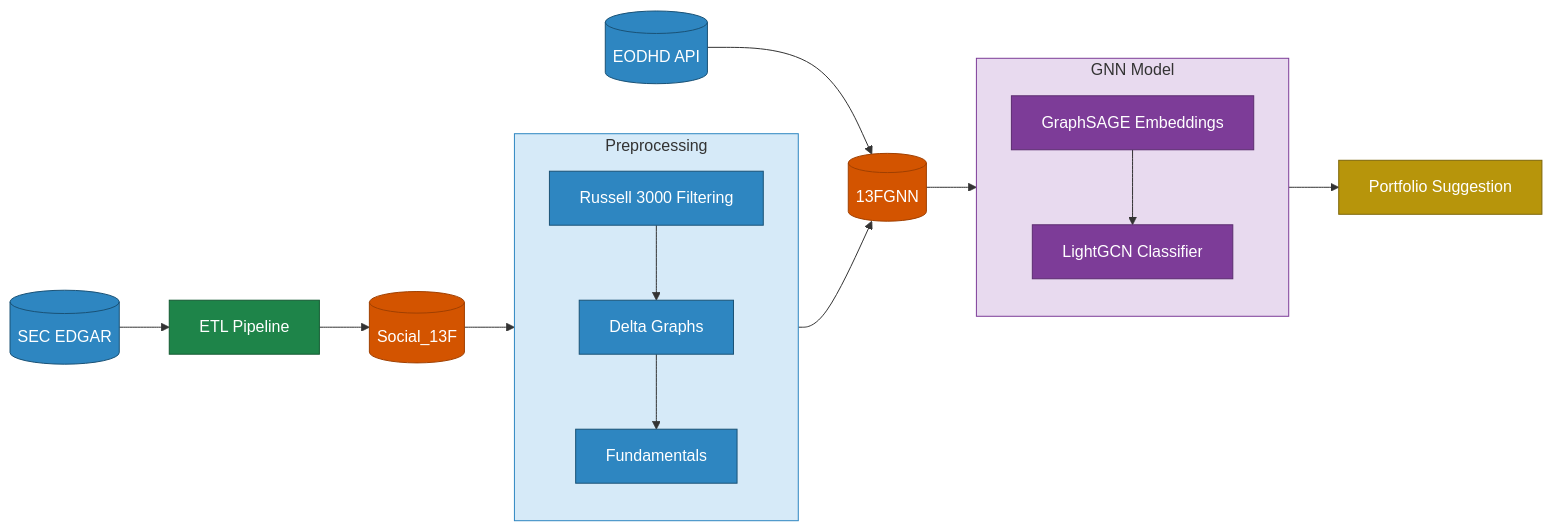
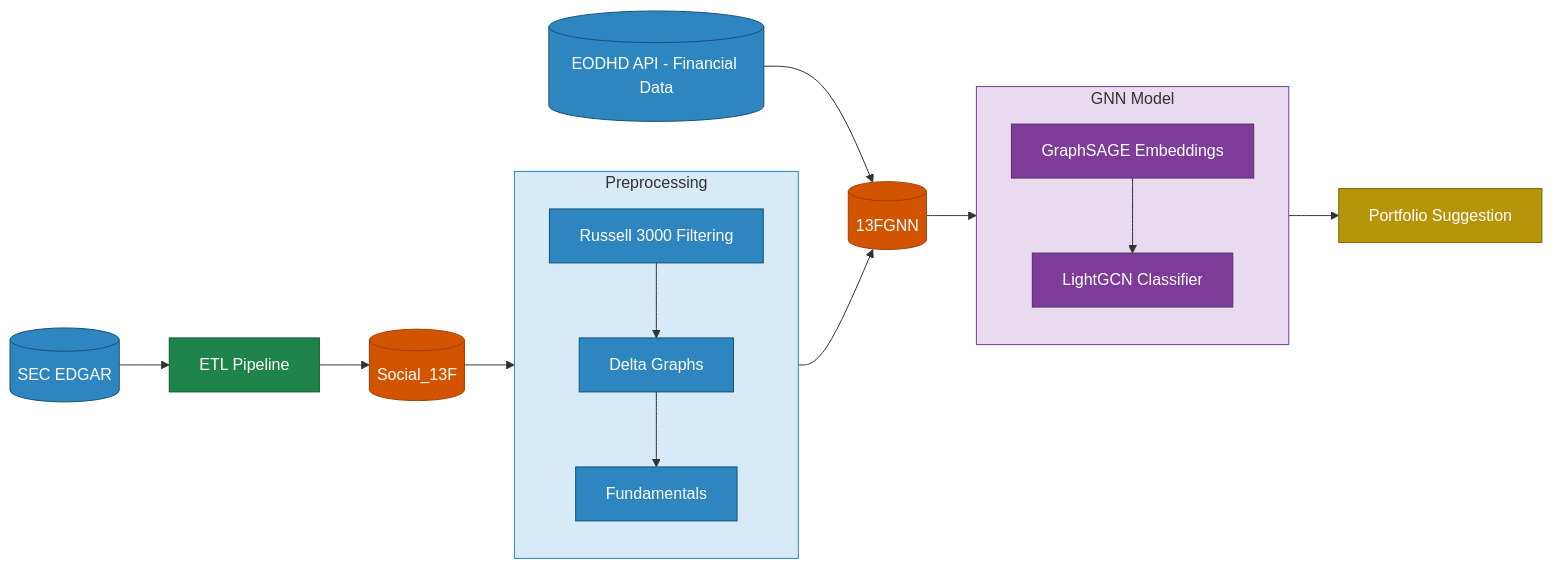
The diagram in README.md (Data-Science-and-Engineering-Project/Social-Network-Stock-Market), drawn with Mermaid before and after one commit.

Commit message:
adding to the readme

````diff
--- a/README.md
+++ b/README.md
@@ -45,31 +45,31 @@
 ```mermaid
 graph LR
     classDef source   fill:#2E86C1,stroke:#1A5276,color:#fff
     classDef etl      fill:#1E8449,stroke:#145A32,color:#fff
     classDef db       fill:#D35400,stroke:#A04000,color:#fff
     classDef prep     fill:#2E86C1,stroke:#1A5276,color:#fff
     classDef gnn      fill:#7D3C98,stroke:#5B2C6F,color:#fff
     classDef portfolio fill:#B7950B,stroke:#7D6608,color:#fff
 
     SEC[(SEC EDGAR)]:::source
-    EODHD[(EODHD API)]:::source
+    EODHD[(EODHD API - Financial Data)]:::source
     ETL[ETL Pipeline]:::etl
     DB1[(Social_13F)]:::db
     DB2[(13FGNN)]:::db
 
     subgraph PRE [Preprocessing]
         s1[Russell 3000 Filtering]:::prep --> s2[Delta Graphs]:::prep --> s3[Fundamentals]:::prep
     end
 
     subgraph ML [GNN Model]
         g1[GraphSAGE Embeddings]:::gnn --> g2[LightGCN Classifier]:::gnn
     end
 
     OUT[Portfolio Suggestion]:::portfolio
 
     SEC --> ETL --> DB1 --> PRE --> DB2 --> ML --> OUT
     EODHD --> DB2
 
     style PRE fill:#D6EAF8,stroke:#2E86C1
     style ML  fill:#E8DAEF,stroke:#7D3C98
 ```
````
